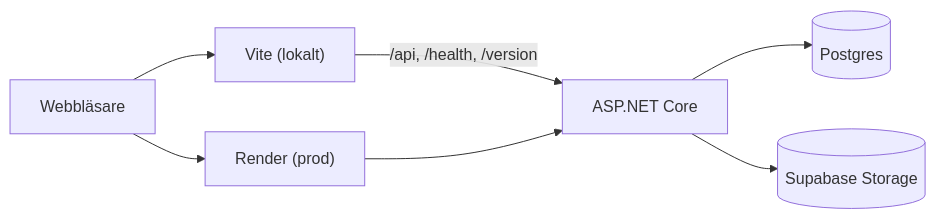
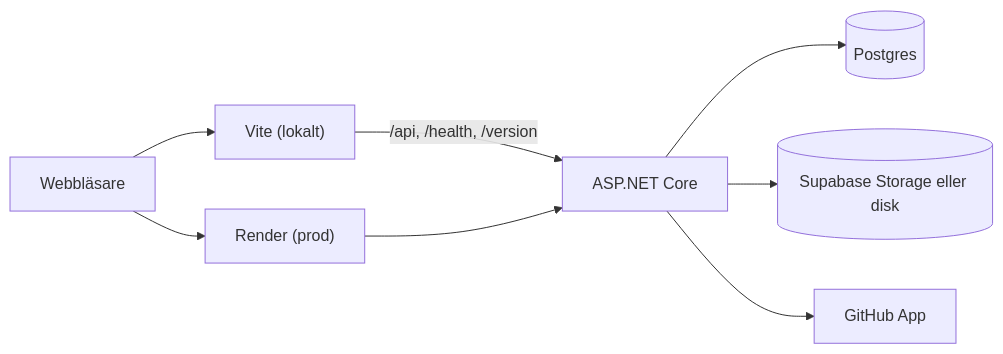
One commit to discovicke/Larka changed the diagram in docs/arkitektur.md. Above: the diagram before and after it, drawn with Mermaid. The commit also changed other lines of this file and 11 other files, not shown here.

````diff
--- a/docs/arkitektur.md
+++ b/docs/arkitektur.md
@@ -5,9 +5,10 @@
 ```mermaid
 flowchart LR
     Browser[Webbläsare] --> Vite["Vite (lokalt)"]
     Browser --> Render["Render (prod)"]
     Vite -- "/api, /health, /version" --> Backend
     Render --> Backend[ASP.NET Core]
     Backend --> Postgres[(Postgres)]
-    Backend --> Storage[(Supabase Storage)]
+    Backend --> Storage[(Supabase Storage eller disk)]
+    Backend --> GitHub[GitHub App]
 ```
````
